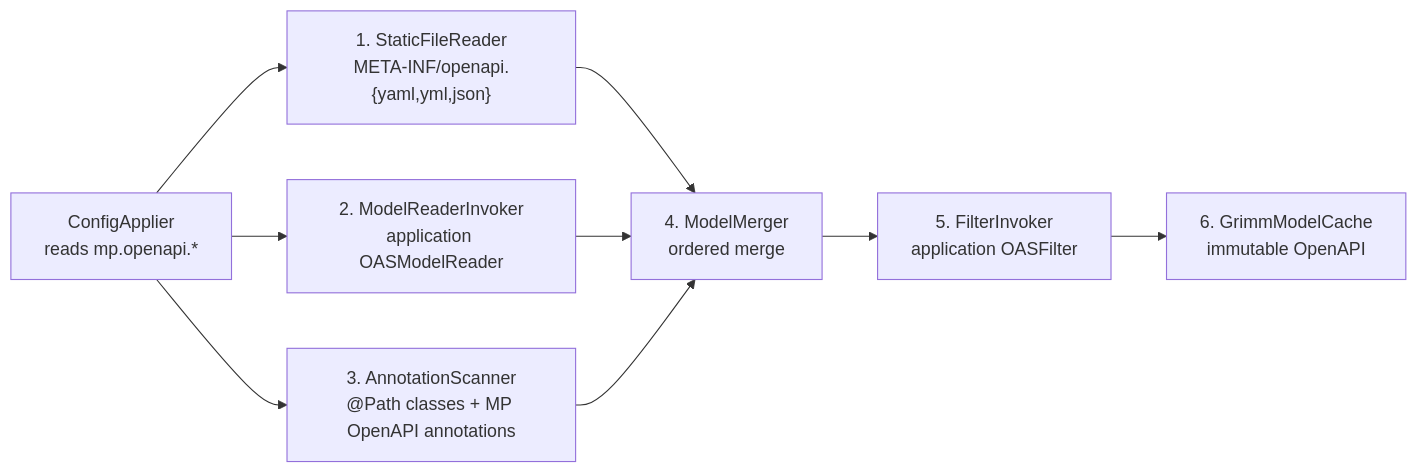
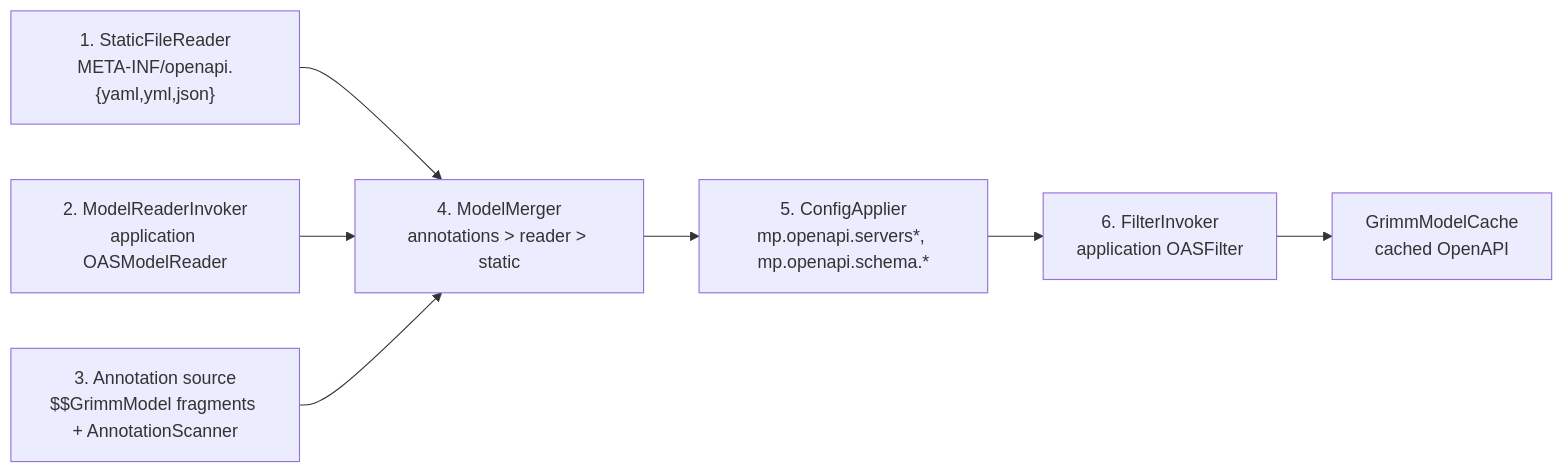
One commit to vidocq-stack/grimm changed the diagram in docs/en/modules/ROOT/pages/internals.adoc. Above: the diagram before and after it, drawn with Mermaid. The commit also changed other lines of this file and 5 other files, not shown here.

```diff
--- a/docs/en/modules/ROOT/pages/internals.adoc
+++ b/docs/en/modules/ROOT/pages/internals.adoc
@@ -17,20 +17,18 @@
 [mermaid]
 ....
 flowchart LR
-  Cfg["ConfigApplier<br/>reads mp.openapi.*"]
   S1["1. StaticFileReader<br/>META-INF/openapi.{yaml,yml,json}"]
   S2["2. ModelReaderInvoker<br/>application OASModelReader"]
-  S3["3. AnnotationScanner<br/>@Path classes + MP OpenAPI annotations"]
-  Merge["4. ModelMerger<br/>ordered merge"]
-  S4["5. FilterInvoker<br/>application OASFilter"]
-  Cache["6. GrimmModelCache<br/>immutable OpenAPI"]
+  S3["3. Annotation source<br/>$$GrimmModel fragments + AnnotationScanner"]
+  Merge["4. ModelMerger<br/>annotations > reader > static"]
+  Cfg["5. ConfigApplier<br/>mp.openapi.servers*, mp.openapi.schema.*"]
+  S4["6. FilterInvoker<br/>application OASFilter"]
+  Cache["GrimmModelCache<br/>cached OpenAPI"]
 
-  Cfg --> S1
-  Cfg --> S2
-  Cfg --> S3
   S1 --> Merge
   S2 --> Merge
   S3 --> Merge
-  Merge --> S4
+  Merge --> Cfg
+  Cfg --> S4
   S4 --> Cache
 ....
```
